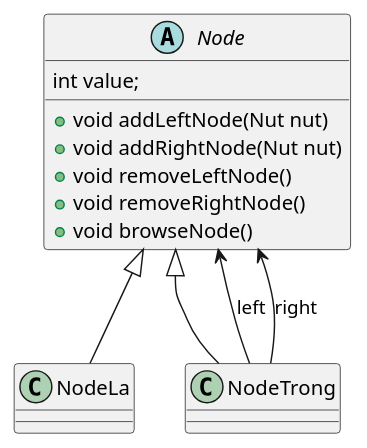
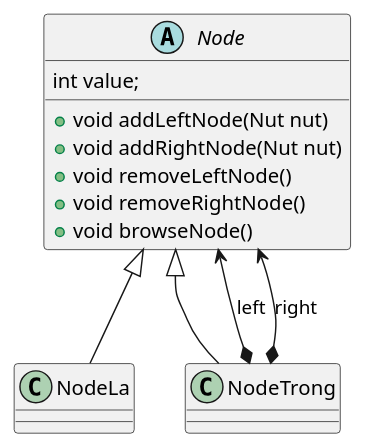
The diagram in DesignPatterns/Lecture/src/structural/composite/binary_tree/binary_tree_diagram.puml (vinhveer/Study_Semester6_2024_2025), drawn with PlantUML before and after one commit. The commit also changed 181 other files, not shown here.

```diff
--- a/DesignPatterns/Lecture/src/structural/composite/binary_tree/binary_tree_diagram.puml
+++ b/DesignPatterns/Lecture/src/structural/composite/binary_tree/binary_tree_diagram.puml
@@ -1,23 +1,23 @@
 @startuml
 'https://plantuml.com/class-diagram
 
 abstract class Node {
     int value;
 
     + void addLeftNode(Nut nut)
     + void addRightNode(Nut nut)
     + void removeLeftNode()
     + void removeRightNode()
     + void browseNode()
 }
 
 class NodeLa
 class NodeTrong
 
 Node <|-- NodeLa
 Node <|-- NodeTrong
 
-NodeTrong --> Node:left
-NodeTrong --> Node:right
+NodeTrong *--> Node:left
+NodeTrong *--> Node:right
 
 @enduml
```
